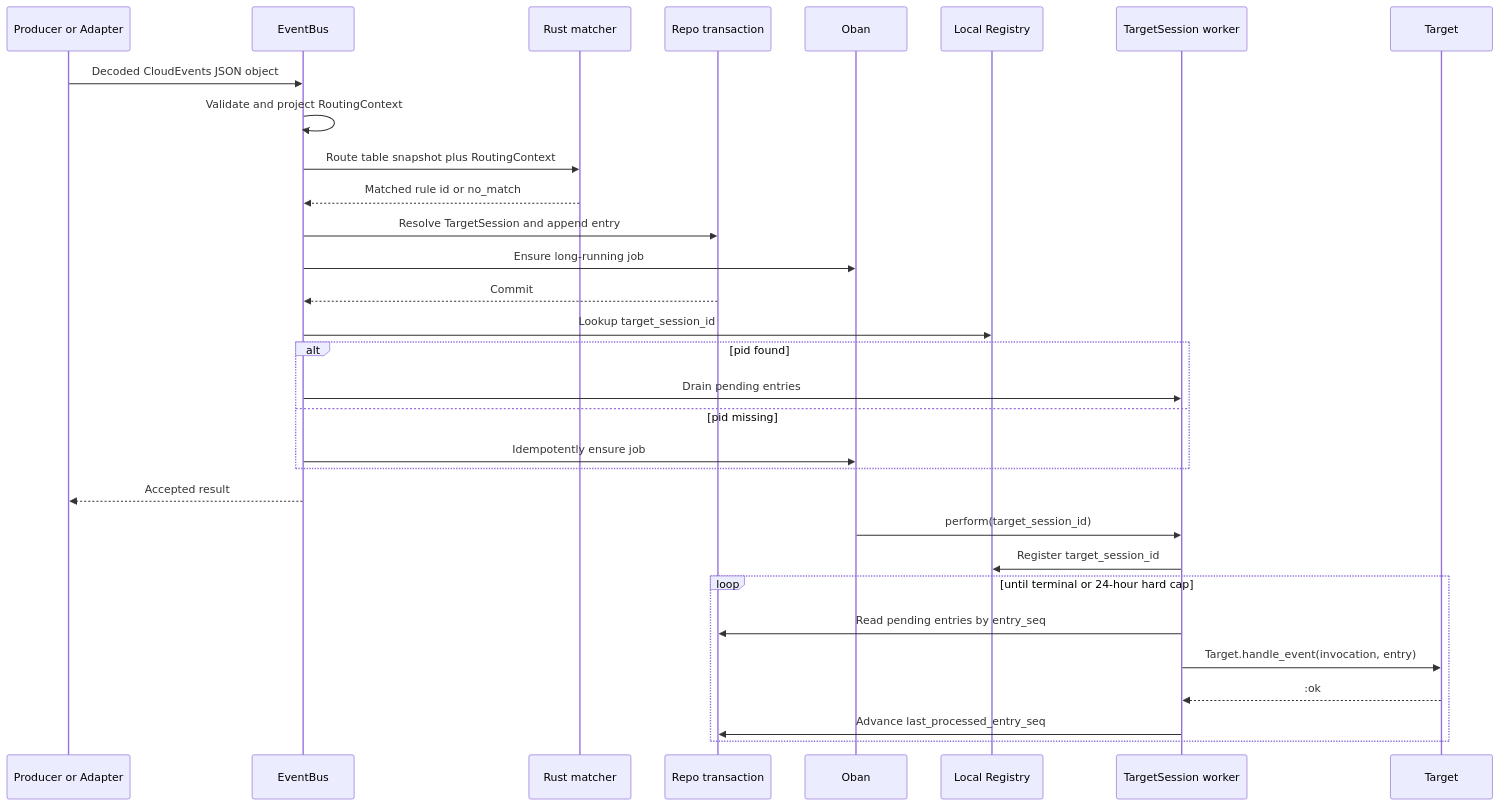
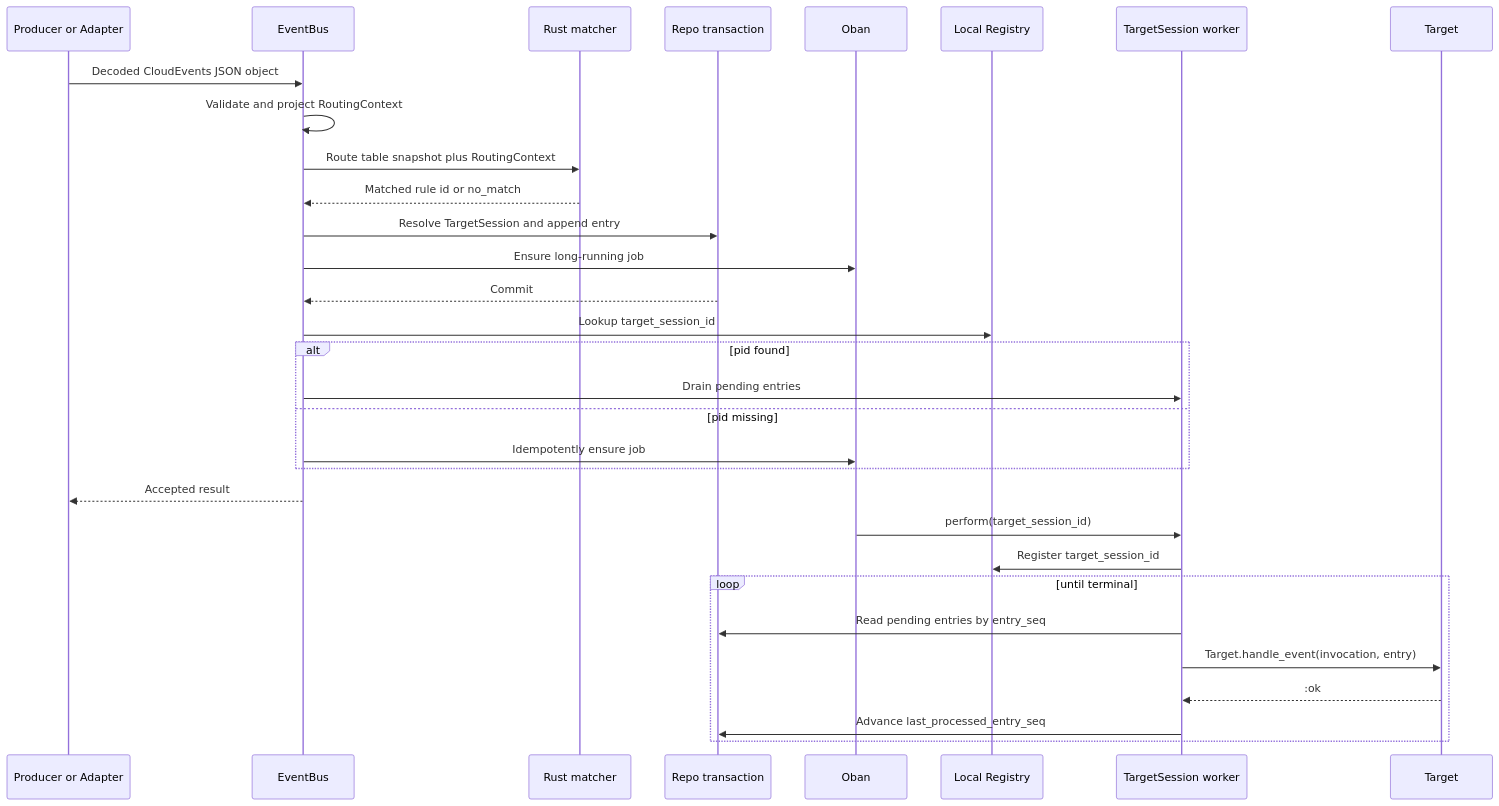
Before and after one commit to AgentBull/ankole: the diagram in docs/design-docs/eventbus/Core.md, drawn with Mermaid. The commit also changed other lines of this file and 251 other files, not shown here.

````diff
--- a/docs/design-docs/eventbus/Core.md
+++ b/docs/design-docs/eventbus/Core.md
@@ -118,34 +117,34 @@
 ```mermaid
 sequenceDiagram
   participant P as Producer or Adapter
   participant E as EventBus
   participant M as Rust matcher
   participant R as Repo transaction
   participant O as Oban
   participant G as Local Registry
   participant W as TargetSession worker
   participant T as Target
 
   P->>E: Decoded CloudEvents JSON object
   E->>E: Validate and project RoutingContext
   E->>M: Route table snapshot plus RoutingContext
   M-->>E: Matched rule id or no_match
   E->>R: Resolve TargetSession and append entry
   E->>O: Ensure long-running job
   R-->>E: Commit
   E->>G: Lookup target_session_id
   alt pid found
     E->>W: Drain pending entries
   else pid missing
     E->>O: Idempotently ensure job
   end
   E-->>P: Accepted result
   O->>W: perform(target_session_id)
   W->>G: Register target_session_id
-  loop until terminal or 24-hour hard cap
+  loop until terminal
     W->>R: Read pending entries by entry_seq
     W->>T: Target.handle_event(invocation, entry)
     T-->>W: :ok
     W->>R: Advance last_processed_entry_seq
   end
 ```
````
